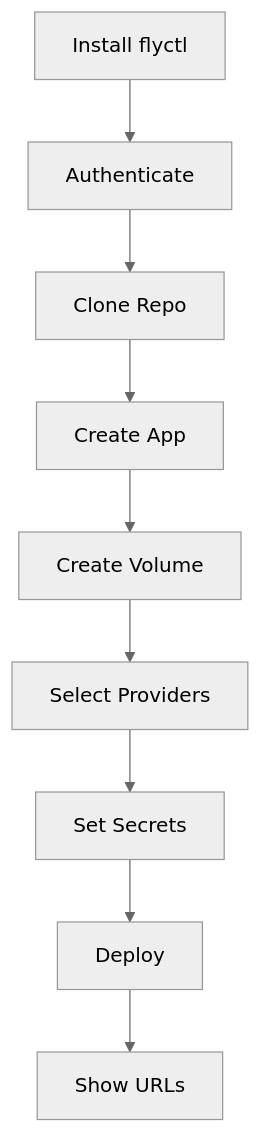
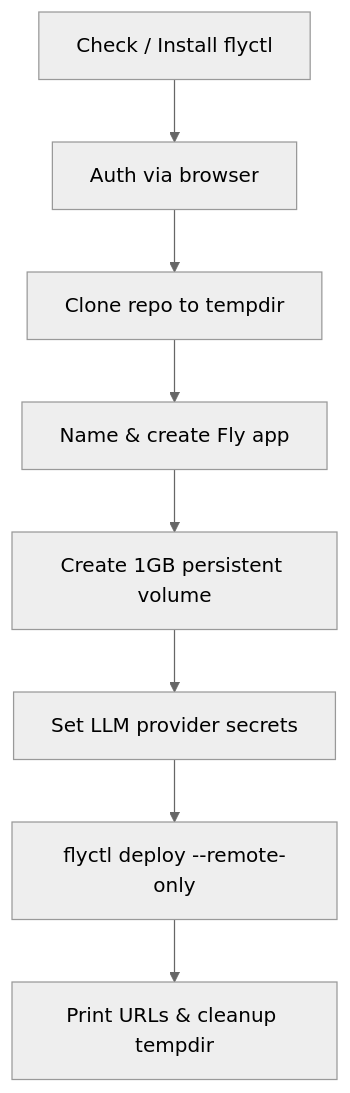
One commit to leszek3737/librefang-WIki changed the diagram in deployment-fly.md. Above: the diagram before and after it, drawn with Mermaid (neutral theme). The commit also changed other lines of this file and 56 other files, not shown here.

````diff
--- a/deployment-fly.md
+++ b/deployment-fly.md
@@ -33,11 +31,10 @@
 ```mermaid
 flowchart TD
-    A[Install flyctl] --> B[Authenticate]
-    B --> C[Clone Repo]
-    C --> D[Create App]
-    D --> E[Create Volume]
-    E --> F[Select Providers]
-    F --> G[Set Secrets]
-    G --> H[Deploy]
-    H --> I[Show URLs]
+    A[Check / Install flyctl] --> B[Auth via browser]
+    B --> C[Clone repo to tempdir]
+    C --> D[Name & create Fly app]
+    D --> E[Create 1GB persistent volume]
+    E --> F[Set LLM provider secrets]
+    F --> G[flyctl deploy --remote-only]
+    G --> H[Print URLs & cleanup tempdir]
 ```
````
